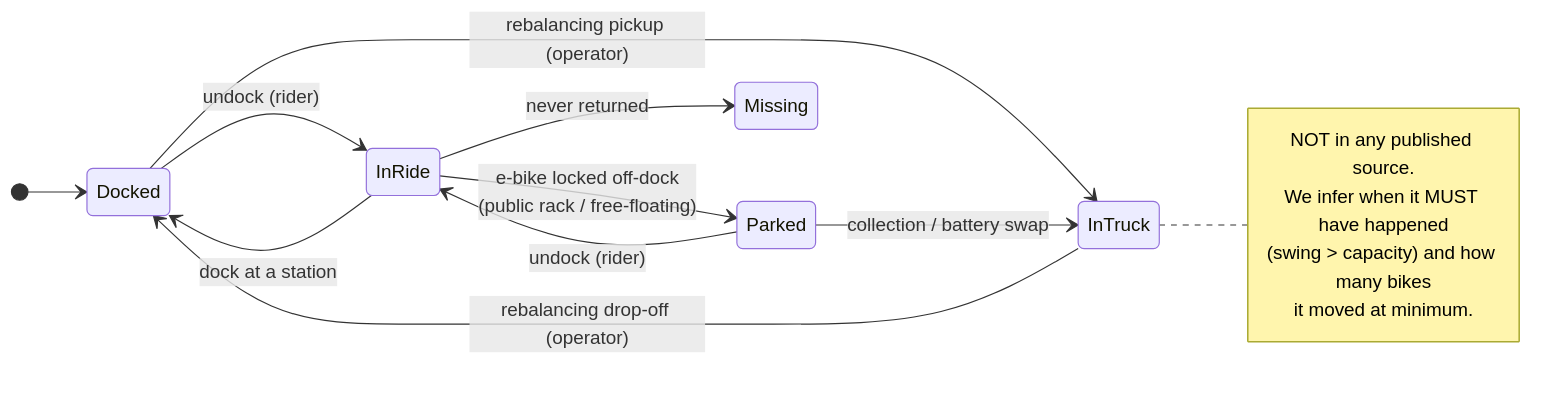
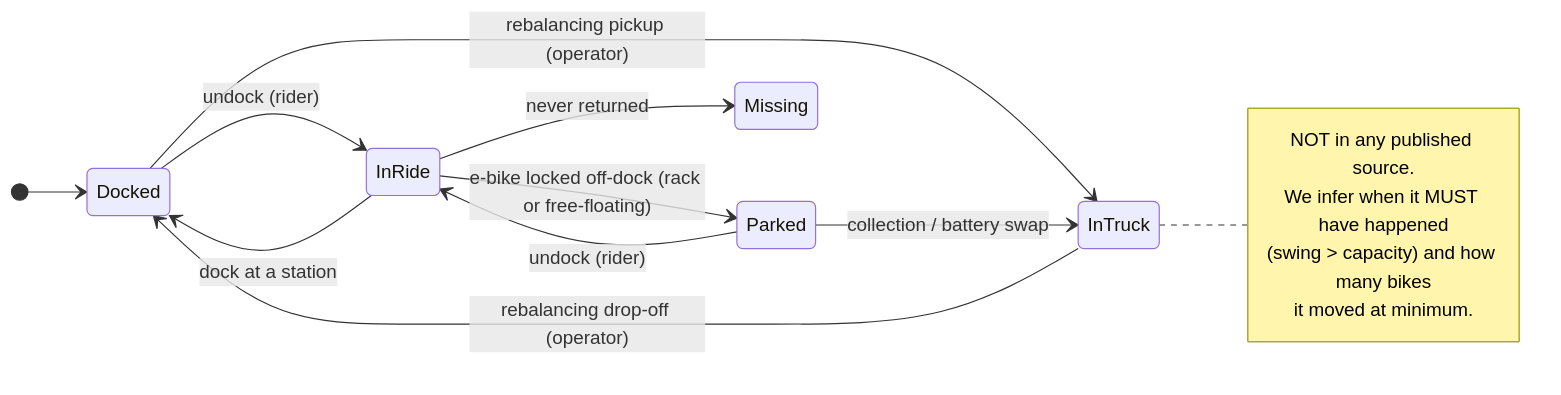
The first of 2 diagrams in docs/04_data_model.md (parthdagia05/divvyRebalancingWithMyIQ), drawn with Mermaid before and after one commit.

Commit message:
Fix state diagram label for GitHub mermaid rendering

````diff
--- a/docs/04_data_model.md
+++ b/docs/04_data_model.md
@@ -7,20 +7,20 @@
 ```mermaid
 stateDiagram-v2
     direction LR
     [*] --> Docked
     Docked --> InRide: undock (rider)
     InRide --> Docked: dock at a station
-    InRide --> Parked: e-bike locked off-dock<br/>(public rack / free-floating)
+    InRide --> Parked: e-bike locked off-dock (rack or free-floating)
     Parked --> InRide: undock (rider)
     InRide --> Missing: never returned
     Docked --> InTruck: rebalancing pickup (operator)
     InTruck --> Docked: rebalancing drop-off (operator)
     Parked --> InTruck: collection / battery swap
 
     note right of InTruck
       NOT in any published source.
       We infer when it MUST have happened
       (swing > capacity) and how many bikes
       it moved at minimum.
     end note
 ```
````
